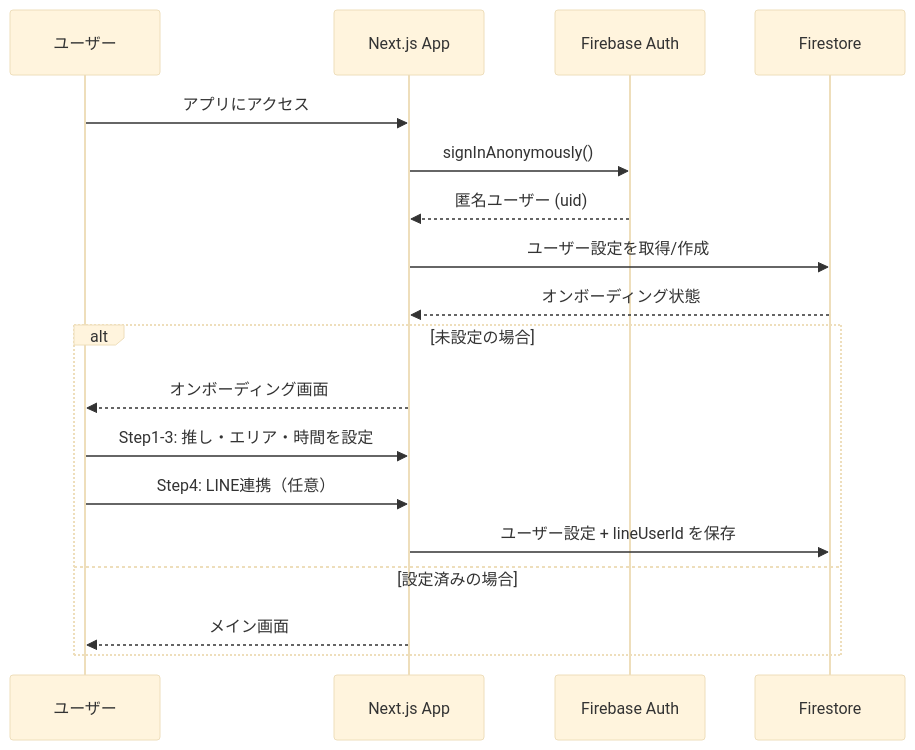
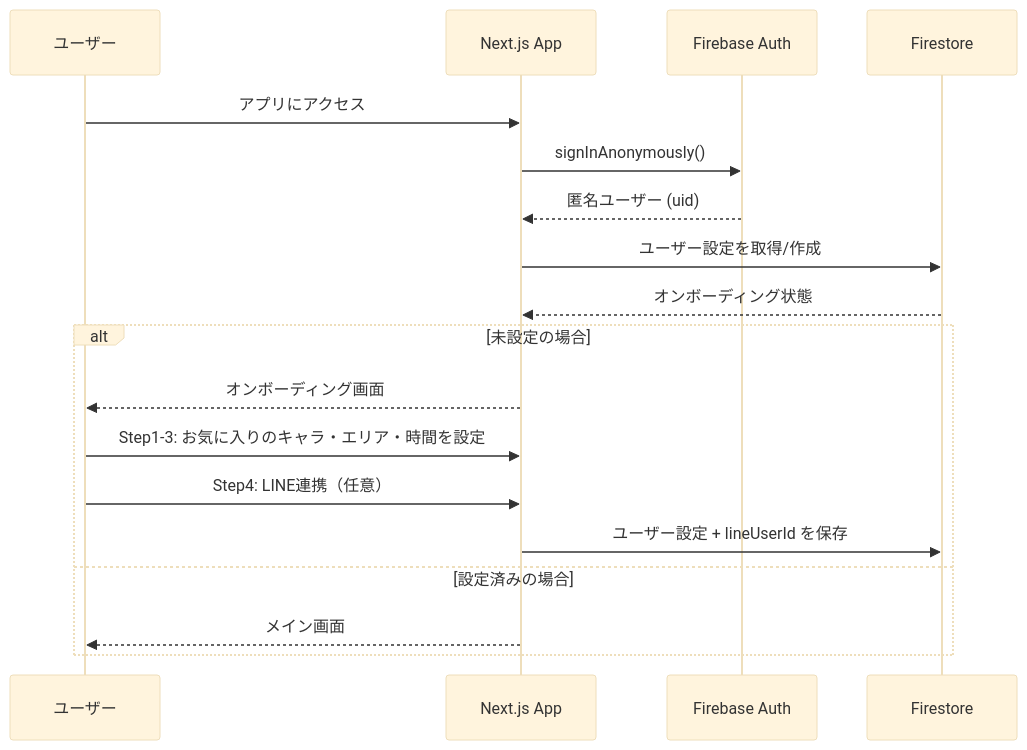
The third of 5 diagrams in README.md (nekoai-lab/tsugi-no-tokimeki), drawn with Mermaid (base theme) before and after one commit. The commit also changed other lines of this file and 7 other files, not shown here.

````diff
--- a/README.md
+++ b/README.md
@@ -127,22 +127,22 @@
 ```mermaid
 sequenceDiagram
     participant User as ユーザー
     participant App as Next.js App
     participant Auth as Firebase Auth
     participant FS as Firestore
 
     User->>App: アプリにアクセス
     App->>Auth: signInAnonymously()
     Auth-->>App: 匿名ユーザー (uid)
     App->>FS: ユーザー設定を取得/作成
     FS-->>App: オンボーディング状態
     
     alt 未設定の場合
         App-->>User: オンボーディング画面
-        User->>App: Step1-3: 推し・エリア・時間を設定
+        User->>App: Step1-3: お気に入りのキャラ・エリア・時間を設定
         User->>App: Step4: LINE連携（任意）
         App->>FS: ユーザー設定 + lineUserId を保存
     else 設定済みの場合
         App-->>User: メイン画面
     end
 ```
````
